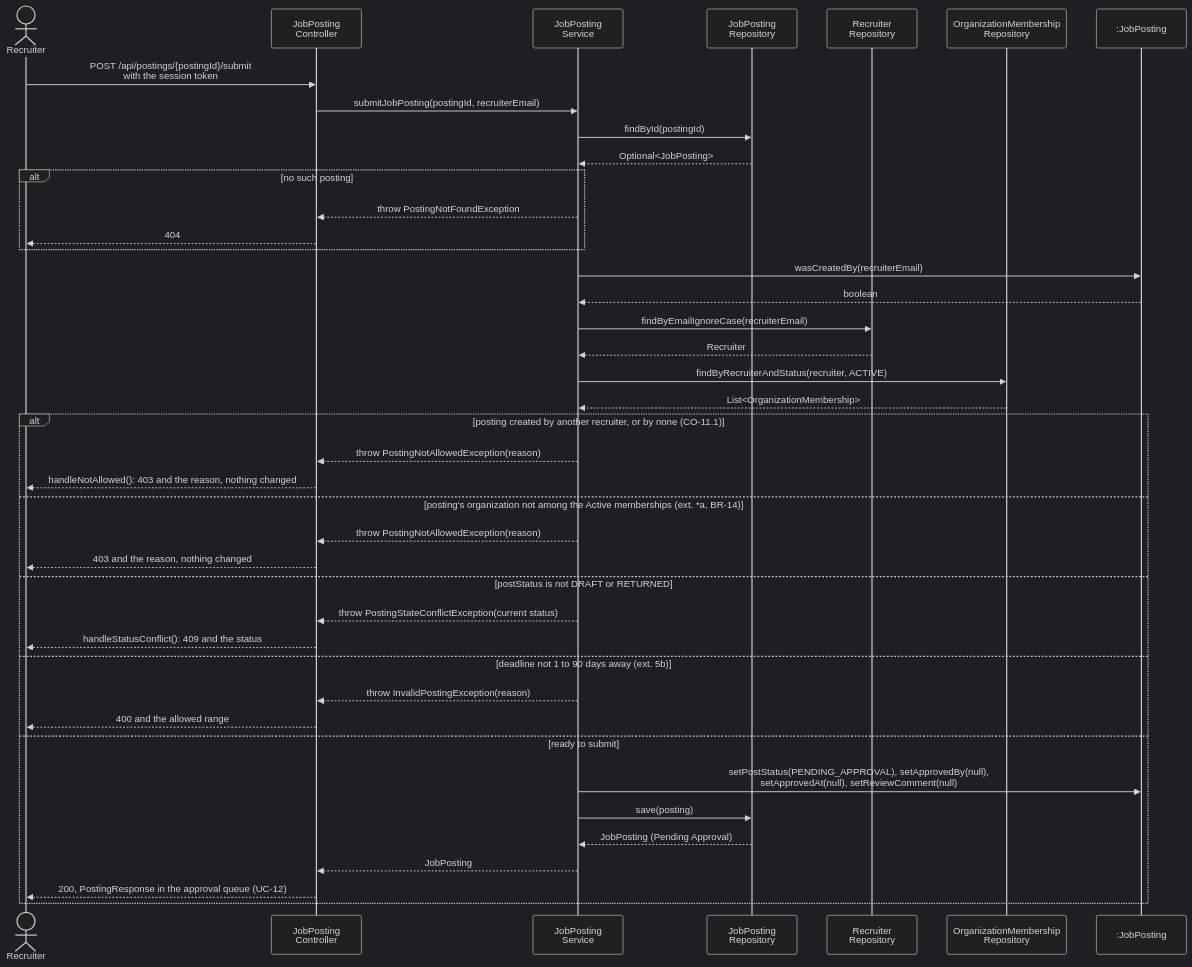
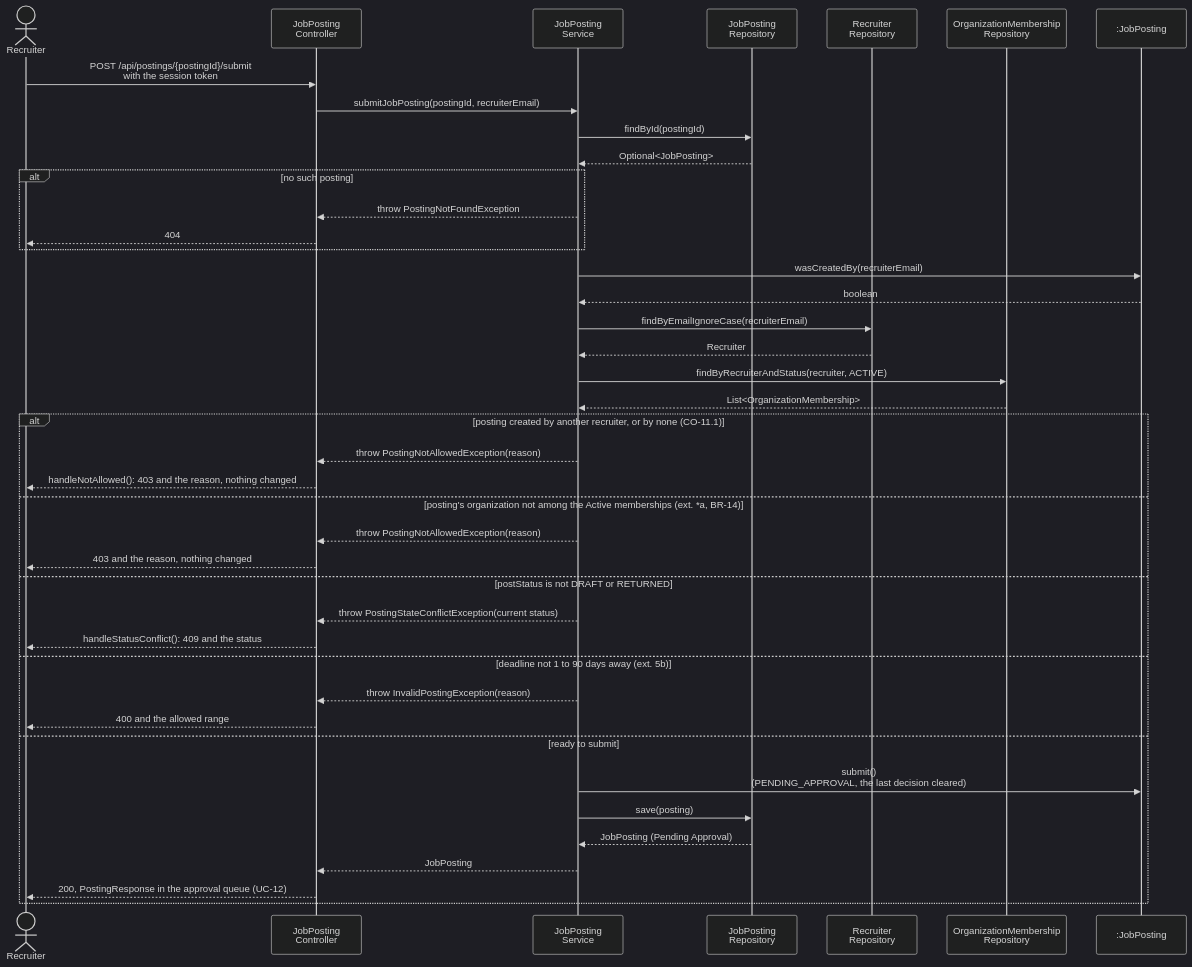
Before and after one commit to berdyshevol/careerbridge-csi5324: diagram 11 of 17 in spec/design.md, drawn with Mermaid (dark theme). The commit also changed other lines of this file and 47 other files, not shown here.

````diff
--- a/spec/design.md
+++ b/spec/design.md
@@ -561,44 +564,44 @@
 ```mermaid
 sequenceDiagram
     actor R as Recruiter
     participant JC as JobPosting<br/>Controller
     participant JS as JobPosting<br/>Service
     participant JR as JobPosting<br/>Repository
     participant RR as Recruiter<br/>Repository
     participant MR as OrganizationMembership<br/>Repository
     participant P as :JobPosting
 
     R->>JC: POST /api/postings/{postingId}/submit<br/>with the session token
     JC->>JS: submitJobPosting(postingId, recruiterEmail)
     JS->>JR: findById(postingId)
     JR-->>JS: Optional<JobPosting>
     alt no such posting
         JS-->>JC: throw PostingNotFoundException
         JC-->>R: 404
     end
     JS->>P: wasCreatedBy(recruiterEmail)
     P-->>JS: boolean
     JS->>RR: findByEmailIgnoreCase(recruiterEmail)
     RR-->>JS: Recruiter
     JS->>MR: findByRecruiterAndStatus(recruiter, ACTIVE)
     MR-->>JS: List<OrganizationMembership>
     alt posting created by another recruiter, or by none (CO-11.1)
         JS-->>JC: throw PostingNotAllowedException(reason)
         JC-->>R: handleNotAllowed(): 403 and the reason, nothing changed
     else posting's organization not among the Active memberships (ext. *a, BR-14)
         JS-->>JC: throw PostingNotAllowedException(reason)
         JC-->>R: 403 and the reason, nothing changed
     else postStatus is not DRAFT or RETURNED
         JS-->>JC: throw PostingStateConflictException(current status)
         JC-->>R: handleStatusConflict(): 409 and the status
     else deadline not 1 to 90 days away (ext. 5b)
         JS-->>JC: throw InvalidPostingException(reason)
         JC-->>R: 400 and the allowed range
     else ready to submit
-        JS->>P: setPostStatus(PENDING_APPROVAL), setApprovedBy(null),<br/>setApprovedAt(null), setReviewComment(null)
+        JS->>P: submit()<br/>(PENDING_APPROVAL, the last decision cleared)
         JS->>JR: save(posting)
         JR-->>JS: JobPosting (Pending Approval)
         JS-->>JC: JobPosting
         JC-->>R: 200, PostingResponse in the approval queue (UC-12)
     end
 ```
````
